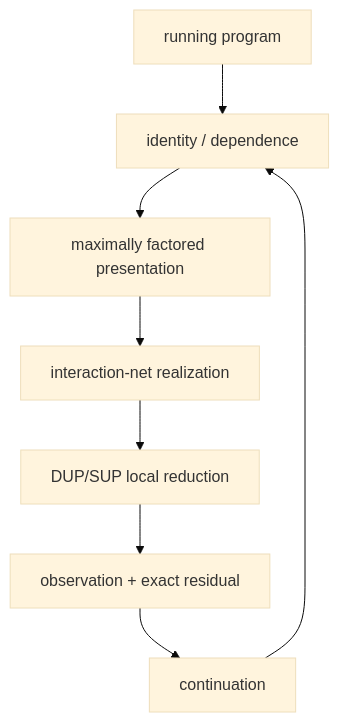
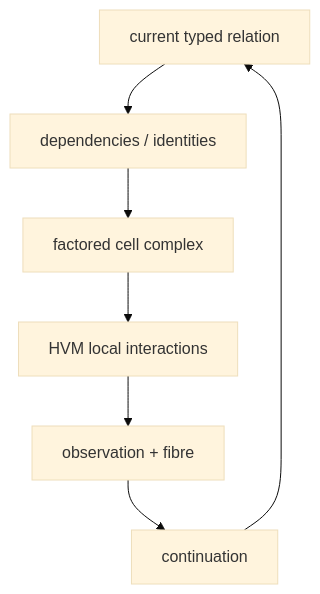
The third of 3 diagrams in collab/bend2-cubical/BEND_HVM_COMPUTATIONAL_UNIVALENCE.md (avikj/metacircular-interaction-prototype), drawn with Mermaid (base theme) before and after one commit. The commit also changed other lines of this file, not shown here.

Commit message:
Rewrite report from elementary identity

````diff
--- a/collab/bend2-cubical/BEND_HVM_COMPUTATIONAL_UNIVALENCE.md
+++ b/collab/bend2-cubical/BEND_HVM_COMPUTATIONAL_UNIVALENCE.md
@@ -348,10 +359,9 @@
 ```mermaid
 flowchart TD
-  P["running program"] --> I["identity / dependence"]
-  I --> F["maximally factored presentation"]
-  F --> N["interaction-net realization"]
-  N --> R["DUP/SUP local reduction"]
-  R --> O["observation + exact residual"]
-  O --> K["continuation"]
-  K --> I
+  K["current typed relation"] --> D["dependencies / identities"]
+  D --> F["factored cell complex"]
+  F --> H["HVM local interactions"]
+  H --> O["observation + fibre"]
+  O --> C["continuation"]
+  C --> K
 ```
````
